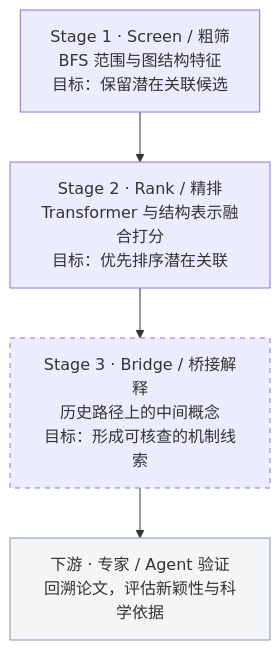
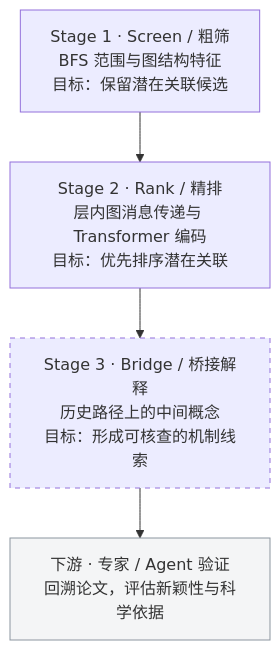
The diagram in README.zh-CN.md (dvdsvc/conjunction), drawn with Mermaid before and after one commit. The commit also changed other lines of this file and 5 other files, not shown here.

First line of the commit message:
📝 Document graph message passing inside the PENCIL Transformer

````diff
--- a/README.zh-CN.md
+++ b/README.zh-CN.md
@@ -82,10 +82,10 @@
 ```mermaid
 flowchart TB
     S["Stage 1 · Screen / 粗筛<br/>BFS 范围与图结构特征<br/>目标：保留潜在关联候选"]
-    R["Stage 2 · Rank / 精排<br/>Transformer 与结构表示融合打分<br/>目标：优先排序潜在关联"]
+    R["Stage 2 · Rank / 精排<br/>层内图消息传递与 Transformer 编码<br/>目标：优先排序潜在关联"]
     B["Stage 3 · Bridge / 桥接解释<br/>历史路径上的中间概念<br/>目标：形成可核查的机制线索"]
     V["下游 · 专家 / Agent 验证<br/>回溯论文，评估新颖性与科学依据"]
     S --> R --> B --> V
     style B stroke-dasharray: 5 5
     style V fill:#f4f5f6,stroke:#8c959f
 ```
````
